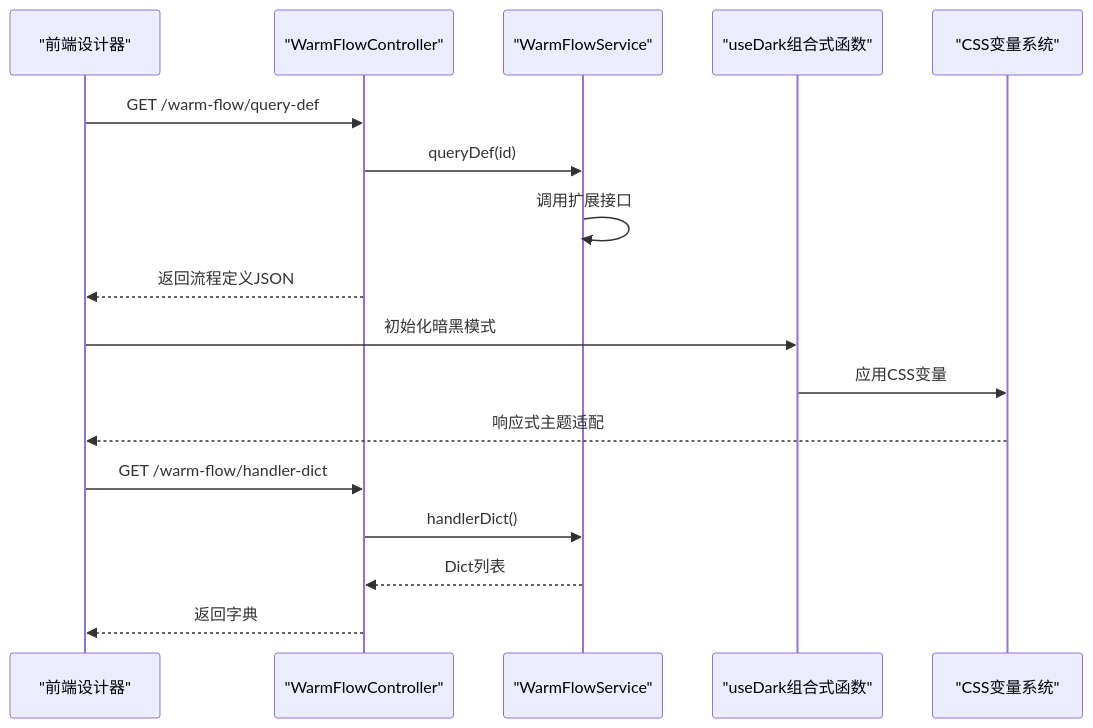
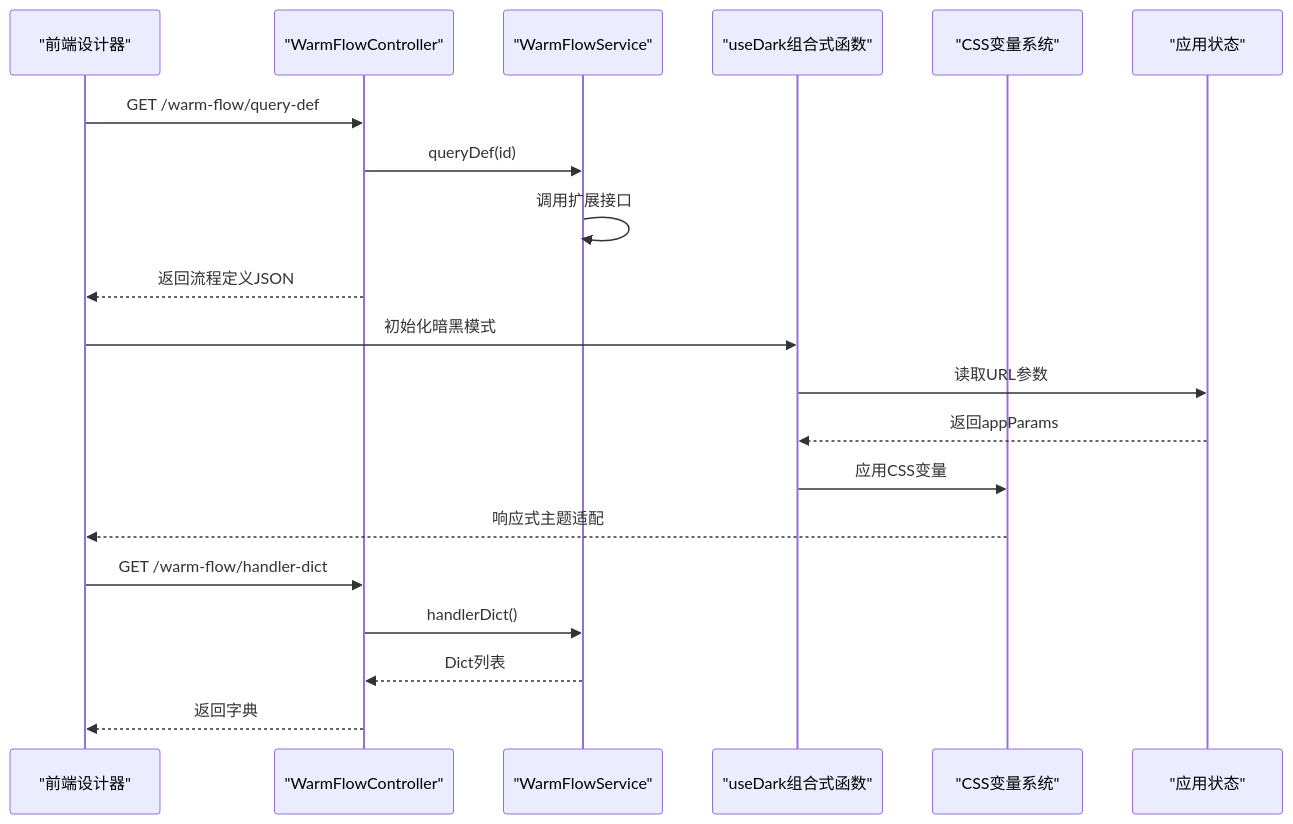
Before and after one commit to dromara/warm-flow: the second of 7 diagrams in .qoder/repowiki/zh/content/插件系统/UI 插件系统/UI 插件系统.md, drawn with Mermaid. The commit also changed other lines of this file and 18 other files, not shown here.

````diff
--- a/.qoder/repowiki/zh/content/插件系统/UI 插件系统/UI 插件系统.md
+++ b/.qoder/repowiki/zh/content/插件系统/UI 插件系统/UI 插件系统.md
@@ -128,19 +136,22 @@
 ```mermaid
 sequenceDiagram
 participant FE as "前端设计器"
 participant CTRL as "WarmFlowController"
 participant SVC as "WarmFlowService"
 participant THEME as "useDark组合式函数"
 participant CSS as "CSS变量系统"
+participant STORE as "应用状态"
 FE->>CTRL : GET /warm-flow/query-def
 CTRL->>SVC : queryDef(id)
 SVC->>SVC : 调用扩展接口
 CTRL-->>FE : 返回流程定义JSON
 FE->>THEME : 初始化暗黑模式
+THEME->>STORE : 读取URL参数
+STORE-->>THEME : 返回appParams
 THEME->>CSS : 应用CSS变量
 CSS-->>FE : 响应式主题适配
 FE->>CTRL : GET /warm-flow/handler-dict
 CTRL->>SVC : handlerDict()
 SVC-->>CTRL : Dict列表
 CTRL-->>FE : 返回字典
 ```
````
